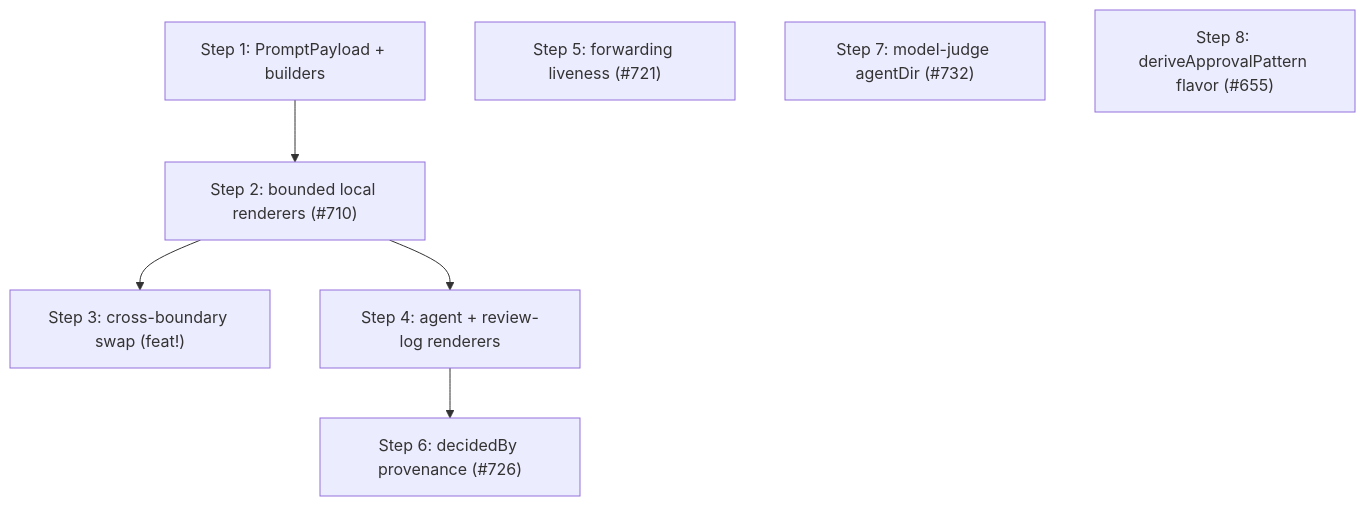
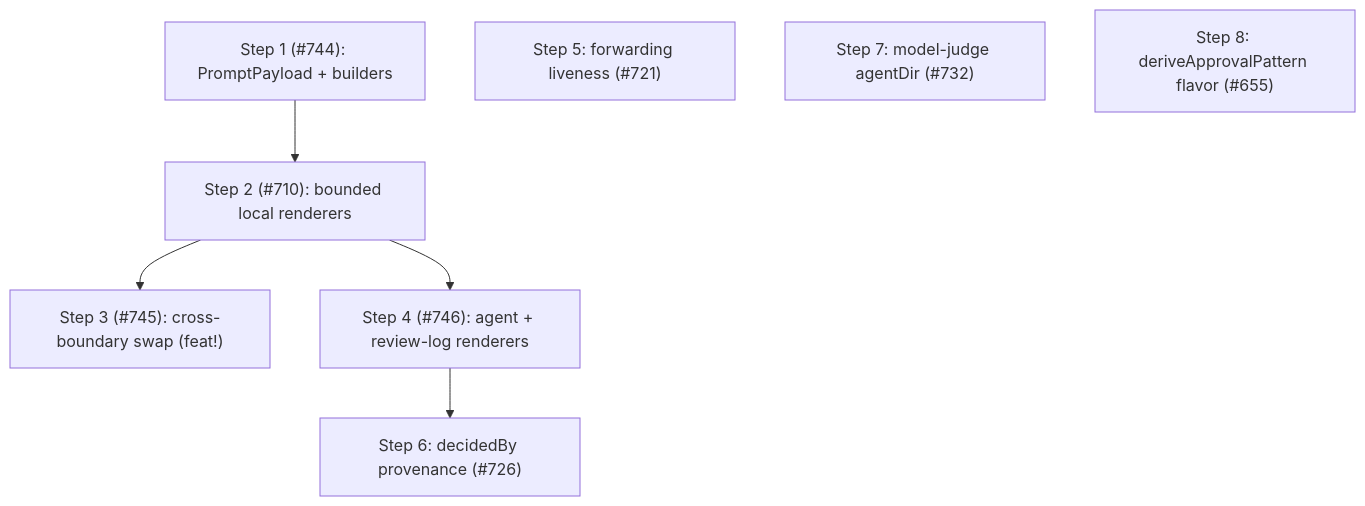
One commit to coderdkai/pi-packages changed the fourth of 4 diagrams in packages/pi-permission-system/docs/architecture/architecture.md. Above: the diagram before and after it, drawn with Mermaid. The commit also changed other lines of this file, not shown here.

Commit message:
docs(pi-permission-system): link Phase 13 roadmap steps to issues #744-#746

````diff
--- a/packages/pi-permission-system/docs/architecture/architecture.md
+++ b/packages/pi-permission-system/docs/architecture/architecture.md
@@ -1019,10 +1019,10 @@
 ```mermaid
 flowchart TD
-    S1["Step 1: PromptPayload + builders"] --> S2["Step 2: bounded local renderers (#710)"]
-    S2 --> S3["Step 3: cross-boundary swap (feat!)"]
-    S2 --> S4["Step 4: agent + review-log renderers"]
+    S1["Step 1 (#744): PromptPayload + builders"] --> S2["Step 2 (#710): bounded local renderers"]
+    S2 --> S3["Step 3 (#745): cross-boundary swap (feat!)"]
+    S2 --> S4["Step 4 (#746): agent + review-log renderers"]
     S4 --> S6["Step 6: decidedBy provenance (#726)"]
     S5["Step 5: forwarding liveness (#721)"]
     S7["Step 7: model-judge agentDir (#732)"]
     S8["Step 8: deriveApprovalPattern flavor (#655)"]
 ```
````
